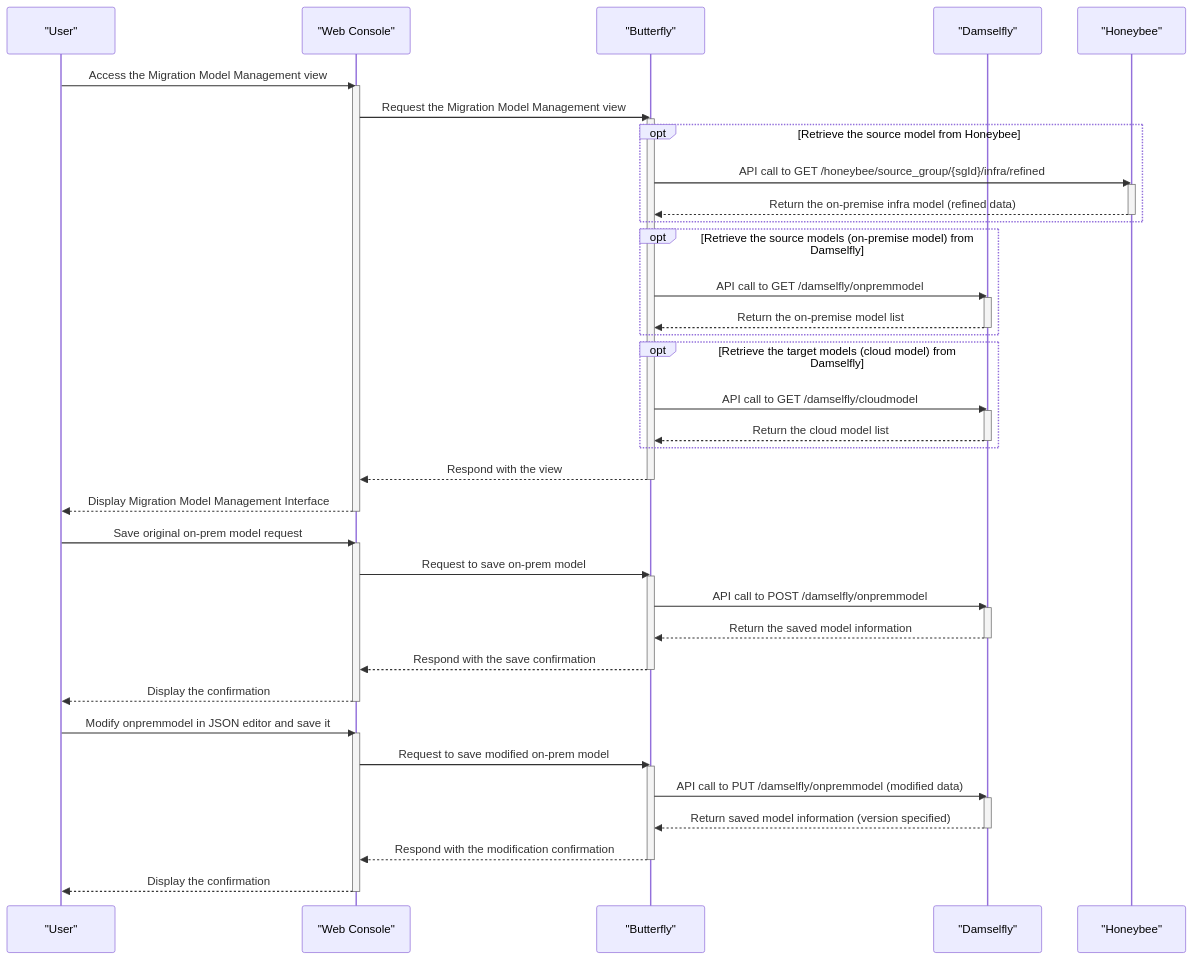
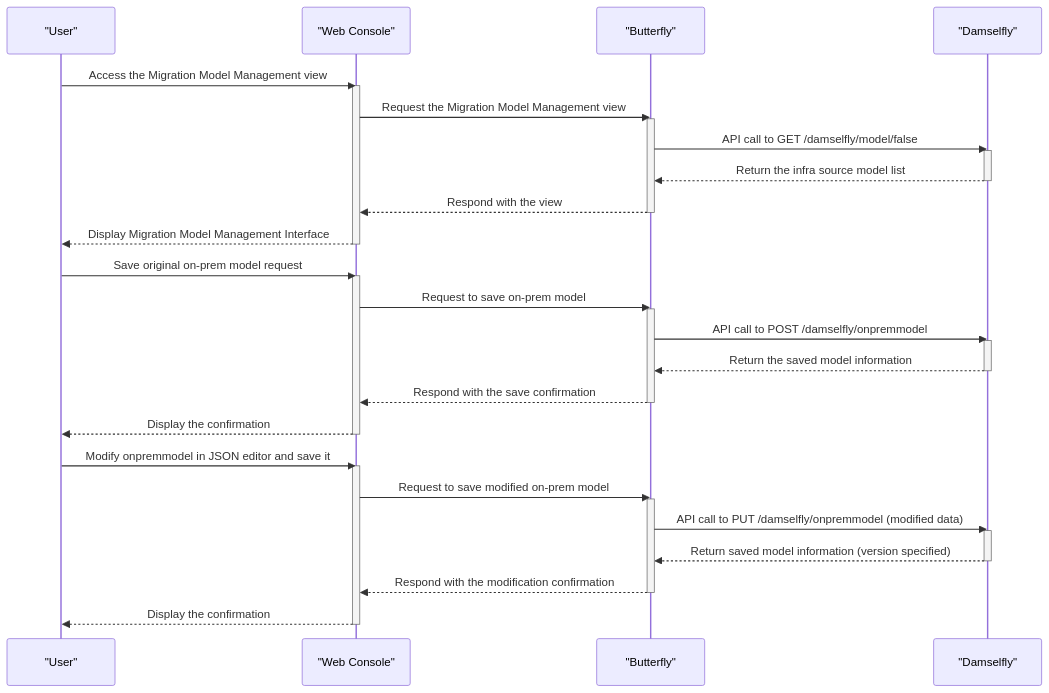
One commit to cloud-barista/cloud-migrator changed the sixth of 12 diagrams in docs/v0.4.0-user-scenario-for-computing-infra-migration.md. Above: the diagram before and after it, drawn with Mermaid. The commit also changed other lines of this file, not shown here.

Commit message:
v0.4.0: Update infra scenario - revise part of web-based flow (#26)

````diff
--- a/docs/v0.4.0-user-scenario-for-computing-infra-migration.md
+++ b/docs/v0.4.0-user-scenario-for-computing-infra-migration.md
@@ -262,66 +273,53 @@
 ```mermaid
 sequenceDiagram
     participant User as "User"
     participant Browser as "Web Console"
     participant Butterfly as "Butterfly"
     participant Damselfly as "Damselfly"
-    participant Honeybee as "Honeybee"
 
 	%% Step 0: User accesses Migration Model Management View
     User->>Browser: Access the Migration Model Management view
     activate Browser
     Browser->>Butterfly: Request the Migration Model Management view
     activate Butterfly
-    opt Retrieve the source model from Honeybee
-        Butterfly->>Honeybee: API call to GET /honeybee/source_group/{sgId}/infra/refined
-        activate Honeybee
-        Honeybee-->>Butterfly: Return the on-premise infra model (refined data)
-        deactivate Honeybee
-    end
-    opt Retrieve the source models (on-premise model) from Damselfly
-        Butterfly->>Damselfly: API call to GET /damselfly/onpremmodel
-        activate Damselfly
-        Damselfly-->>Butterfly: Return the on-premise model list
-        deactivate Damselfly
-    end
-    opt Retrieve the target models (cloud model) from Damselfly
-        Butterfly->>Damselfly: API call to GET /damselfly/cloudmodel
-        activate Damselfly
-        Damselfly-->>Butterfly: Return the cloud model list
-        deactivate Damselfly
-    end
+
+    Butterfly->>Damselfly: API call to GET /damselfly/model/false
+    activate Damselfly
+    Damselfly-->>Butterfly: Return the infra source model list
+    deactivate Damselfly
+
     Butterfly-->>Browser: Respond with the view
     deactivate Butterfly
     Browser-->>User: Display Migration Model Management Interface
     deactivate Browser
 
     %% Save the original on-prem model
     User->>Browser: Save original on-prem model request
     activate Browser
     Browser->>Butterfly: Request to save on-prem model
     activate Butterfly
     Butterfly->>Damselfly: API call to POST /damselfly/onpremmodel
     activate Damselfly
     Damselfly-->>Butterfly: Return the saved model information
     deactivate Damselfly
     Butterfly-->>Browser: Respond with the save confirmation
     deactivate Butterfly
     Browser-->>User: Display the confirmation
     deactivate Browser
 
     %% Modify the model on the JSON editor and save the model
     User->>Browser: Modify onpremmodel in JSON editor and save it
     activate Browser
     Browser->>Butterfly: Request to save modified on-prem model
     activate Butterfly
     Butterfly->>Damselfly: API call to PUT /damselfly/onpremmodel (modified data)
     activate Damselfly
     Damselfly-->>Butterfly: Return saved model information (version specified)
     deactivate Damselfly
     Butterfly-->>Browser: Respond with the modification confirmation
     deactivate Butterfly
     Browser-->>User: Display the confirmation
     deactivate Browser
 
 
 ```
````
